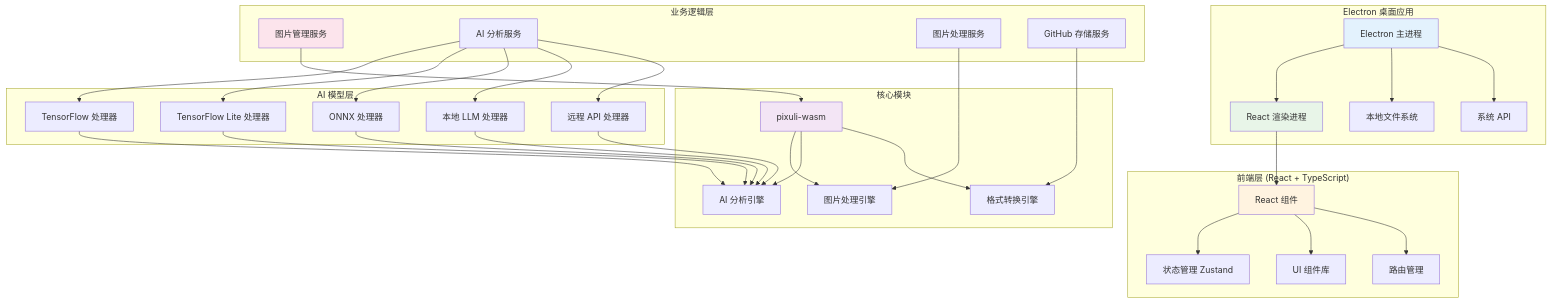
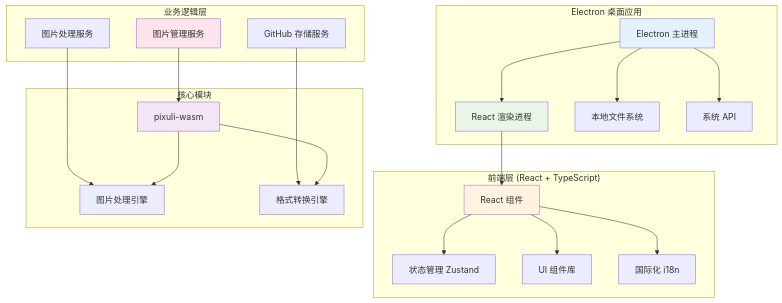
Before and after one commit to trueLoving/Pixuli: the second of 2 diagrams in apps/desktop/README.md, drawn with Mermaid. The commit also changed other lines of this file and 59 other files, not shown here.

````diff
--- a/apps/desktop/README.md
+++ b/apps/desktop/README.md
@@ -86,72 +42,50 @@
 ```mermaid
 graph TB
     subgraph "Electron 桌面应用"
         A[Electron 主进程]
         B[React 渲染进程]
         C[本地文件系统]
         D[系统 API]
     end
     
     subgraph "前端层 (React + TypeScript)"
         E[React 组件]
         F[状态管理 Zustand]
         G[UI 组件库]
-        H[路由管理]
+        H[国际化 i18n]
     end
     
     subgraph "业务逻辑层"
         I[图片管理服务]
-        J[AI 分析服务]
-        K[图片处理服务]
-        L[GitHub 存储服务]
-    end
-    
-    subgraph "AI 模型层"
-        M[TensorFlow 处理器]
-        N[TensorFlow Lite 处理器]
-        O[ONNX 处理器]
-        P[本地 LLM 处理器]
-        Q[远程 API 处理器]
+        J[图片处理服务]
+        K[GitHub 存储服务]
     end
     
     subgraph "核心模块"
-        R[pixuli-wasm]
-        S[图片处理引擎]
-        T[AI 分析引擎]
-        U[格式转换引擎]
+        L[pixuli-wasm]
+        M[图片处理引擎]
+        N[格式转换引擎]
     end
     
     A --> B
     B --> E
     E --> F
     E --> G
     E --> H
     
-    I --> R
+    I --> L
     J --> M
-    J --> N
-    J --> O
-    J --> P
-    J --> Q
-    K --> S
-    L --> U
+    K --> N
     
-    M --> T
-    N --> T
-    O --> T
-    P --> T
-    Q --> T
-    
-    R --> S
-    R --> T
-    R --> U
+    L --> M
+    L --> N
     
     A --> C
     A --> D
     
     style A fill:#e3f2fd
     style B fill:#e8f5e8
     style E fill:#fff3e0
     style I fill:#fce4ec
-    style R fill:#f3e5f5
+    style L fill:#f3e5f5
 ```
````
